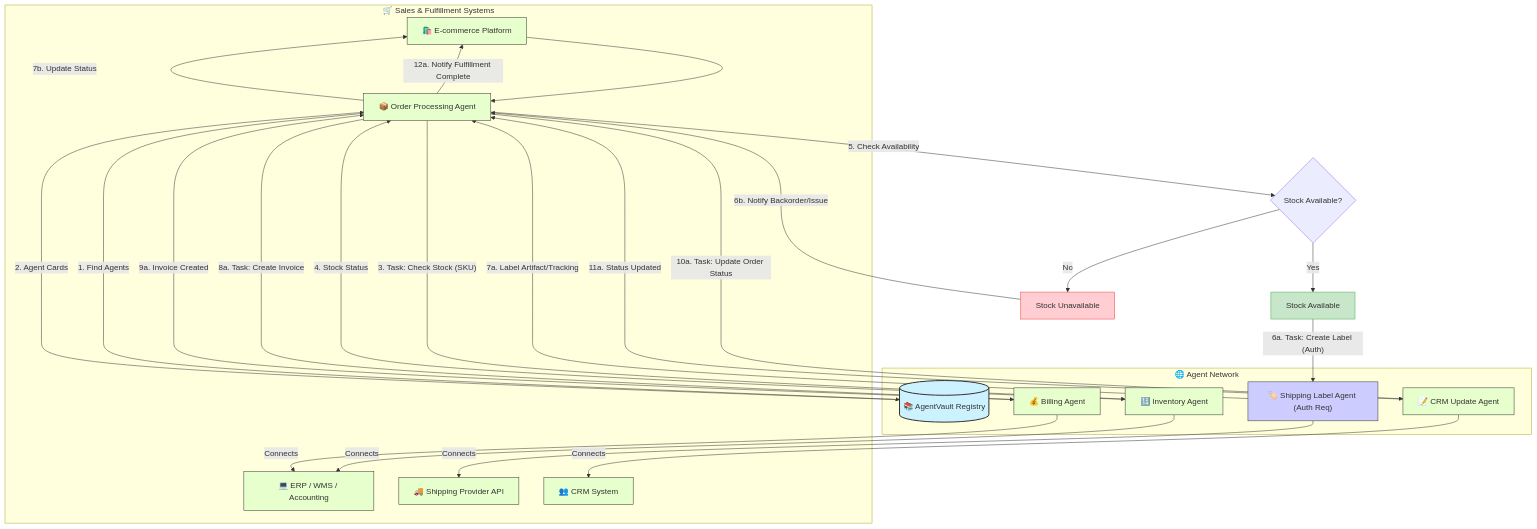
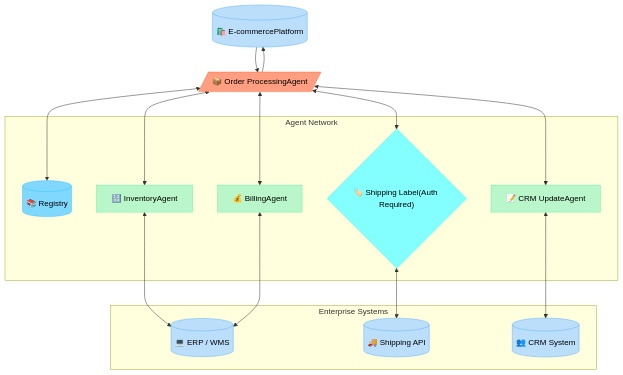
Before and after one commit to ruFFaa/AgentVault: the fifth of 6 diagrams in docs/use_cases.md, drawn with Mermaid. The commit also changed other lines of this file, not shown here.

Commit message:
(fix) use case mermaids

````diff
--- a/docs/use_cases.md
+++ b/docs/use_cases.md
@@ -300,54 +275,45 @@
 ```mermaid
-graph TD
-    %% Define styles
-    classDef systemsGroup fill:#fff8e1,stroke:#333,stroke-width:1px
-    classDef agentGroup fill:#e1f5fe,stroke:#333,stroke-width:1px
-    classDef registry fill:#ccf2ff,stroke:#333,stroke-width:2px,shape:cylinder
-    classDef agent fill:#e6ffcc,stroke:#333,stroke-width:1px
-    classDef authAgent fill:#ccf,stroke:#333,stroke-width:1px
-    classDef successPath fill:#c8e6c9,stroke:#4caf50,stroke-width:1px
-    classDef errorPath fill:#ffcdd2,stroke:#f44336,stroke-width:1px
+flowchart TB
+    Ecommerce[("🛍️ E-commercePlatform")] --> OrderAgent[/"📦 Order ProcessingAgent"/]
     
-    subgraph SalesSystems["🛒 Sales & Fulfillment Systems"]
-        Ecommerce["🛍️ E-commerce Platform"]:::agent --> OrderAgent["📦 Order Processing Agent"]:::agent
-        ERP["💻 ERP / WMS / Accounting"]:::agent
-        ShippingAPI["🚚 Shipping Provider API"]:::agent
-        CRM["👥 CRM System"]:::agent
+    subgraph Systems["Enterprise Systems"]
+        ERP[("💻 ERP / WMS")]
+        ShippingAPI[("🚚 Shipping API")]
+        CRM[("👥 CRM System")]
     end
     
-    subgraph AgentNetwork["🌐 Agent Network"]
-        Registry[("📚 AgentVault Registry")]:::registry
-        InventoryAgent["🔢 Inventory Agent"]:::agent
-        ShippingAgent["🏷️ Shipping Label Agent (Auth Req)"]:::authAgent
-        BillingAgent["💰 Billing Agent"]:::agent
-        CRMUpdateAgent["📝 CRM Update Agent"]:::agent
+    subgraph AgentNetwork["Agent Network"]
+        Registry[("📚 Registry")]
+        InventoryAgent["🔢 InventoryAgent"]
+        ShippingAgent{"🏷️ Shipping Label(Auth Required)"}
+        BillingAgent["💰 BillingAgent"]
+        CRMUpdateAgent["📝 CRM UpdateAgent"]
     end
     
-    OrderAgent -- "1. Find Agents" --> Registry
-    Registry -- "2. Agent Cards" --> OrderAgent
+    OrderAgent <--> Registry
     
-    OrderAgent -- "3. Task: Check Stock (SKU)" --> InventoryAgent
-    InventoryAgent -- "Connects" --> ERP
-    InventoryAgent -- "4. Stock Status" --> OrderAgent
+    OrderAgent <--> InventoryAgent
+    InventoryAgent <--> ERP
     
-    %% Fixed the alt/else syntax by using a decision node
-    OrderAgent -- "5. Check Availability" --> StockDecision{Stock Available?}
+    OrderAgent <--> ShippingAgent
+    ShippingAgent <--> ShippingAPI
     
-    %% Success path - stock available
-    StockDecision -- "Yes" --> StockAvailable[Stock Available]:::successPath
-    StockAvailable -- "6a. Task: Create Label (Auth)" --> ShippingAgent
-    ShippingAgent -- "Connects" --> ShippingAPI
-    ShippingAgent -- "7a. Label Artifact/Tracking" --> OrderAgent
-    OrderAgent -- "8a. Task: Create Invoice" --> BillingAgent
-    BillingAgent -- "Connects" --> ERP
-    BillingAgent -- "9a. Invoice Created" --> OrderAgent
-    OrderAgent -- "10a. Task: Update Order Status" --> CRMUpdateAgent
-    CRMUpdateAgent -- "Connects" --> CRM
-    CRMUpdateAgent -- "11a. Status Updated" --> OrderAgent
-    OrderAgent -- "12a. Notify Fulfillment Complete" --> Ecommerce
+    OrderAgent <--> BillingAgent
+    BillingAgent <--> ERP
     
-    %% Error path - stock unavailable
-    StockDecision -- "No" --> StockUnavailable[Stock Unavailable]:::errorPath
-    StockUnavailable -- "6b. Notify Backorder/Issue" --> OrderAgent
-    OrderAgent -- "7b. Update Status" --> Ecommerce
+    OrderAgent <--> CRMUpdateAgent
+    CRMUpdateAgent <--> CRM
+    
+    OrderAgent --> Ecommerce
+    
+    style Ecommerce fill:#bbdefb,stroke:#64b5f6,color:black
+    style OrderAgent fill:#ff9e80,stroke:#ff6e40,color:black
+    style Registry fill:#80d8ff,stroke:#40c4ff,color:black
+    style InventoryAgent fill:#b9f6ca,stroke:#69f0ae,color:black
+    style ShippingAgent fill:#84ffff,stroke:#18ffff,color:black
+    style BillingAgent fill:#b9f6ca,stroke:#69f0ae,color:black
+    style CRMUpdateAgent fill:#b9f6ca,stroke:#69f0ae,color:black
+    style ERP fill:#bbdefb,stroke:#64b5f6,color:black
+    style ShippingAPI fill:#bbdefb,stroke:#64b5f6,color:black
+    style CRM fill:#bbdefb,stroke:#64b5f6,color:black
 ```
````
